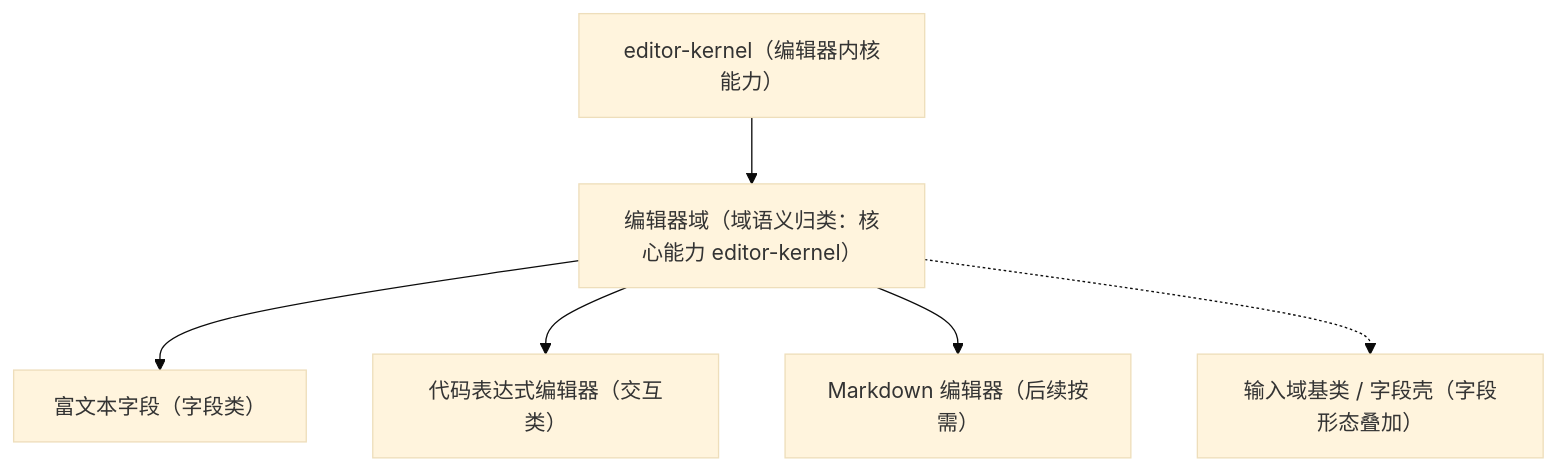
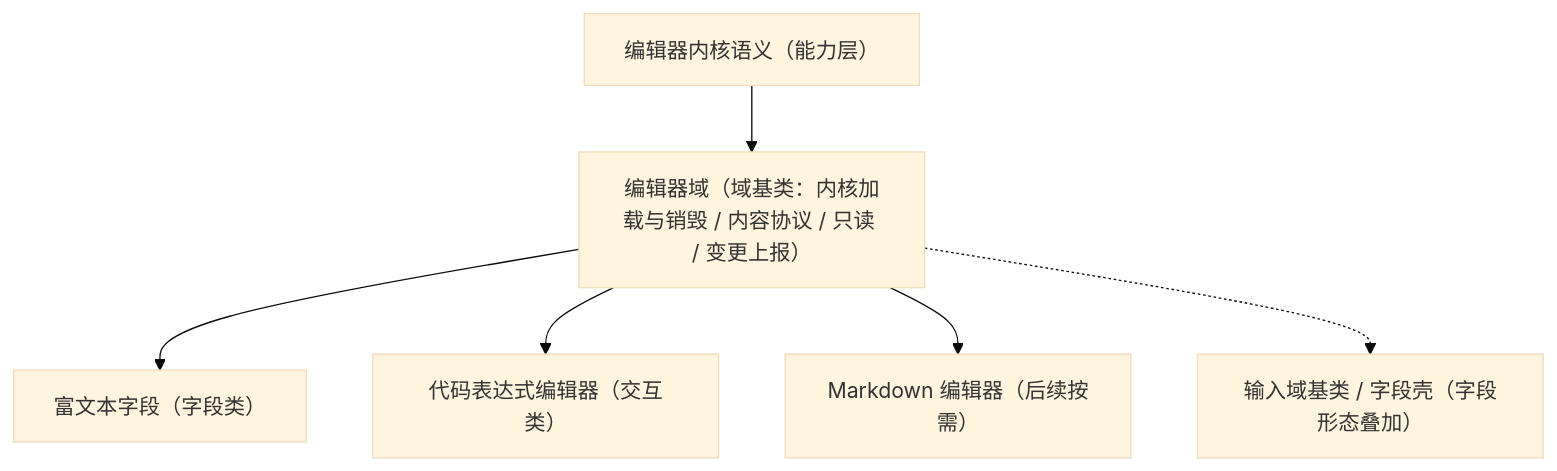
One commit to minjian123/basic-management-system changed the diagram in bms文档/设计/组件设计/02_基础组件类/03_域基类/05_组件设计_编辑器域基类/05_组件设计_编辑器域基类.md. Above: the diagram before and after it, drawn with Mermaid (base theme). The commit also changed other lines of this file and 238 other files, not shown here.

````diff
--- a/bms文档/设计/组件设计/02_基础组件类/03_域基类/05_组件设计_编辑器域基类/05_组件设计_编辑器域基类.md
+++ b/bms文档/设计/组件设计/02_基础组件类/03_域基类/05_组件设计_编辑器域基类/05_组件设计_编辑器域基类.md
@@ -15,8 +16,8 @@
 ```mermaid
 flowchart TD
-    B["编辑器域（域语义归类：核心能力 editor-kernel）"] --> E1["富文本字段（字段类）"]
+    K["编辑器内核语义（能力层）"] --> B["编辑器域（域基类：内核加载与销毁 / 内容协议 / 只读 / 变更上报）"]
+    B --> E1["富文本字段（字段类）"]
     B --> E2["代码表达式编辑器（交互类）"]
     B --> E3["Markdown 编辑器（后续按需）"]
-    K["editor-kernel（编辑器内核能力）"] --> B
     B -.-> FIELD["输入域基类 / 字段壳（字段形态叠加）"]
 ```
````
